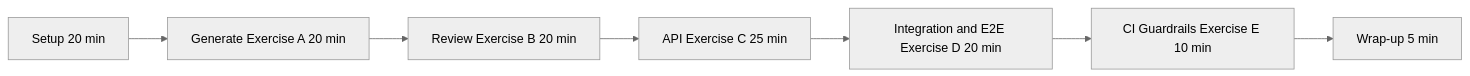
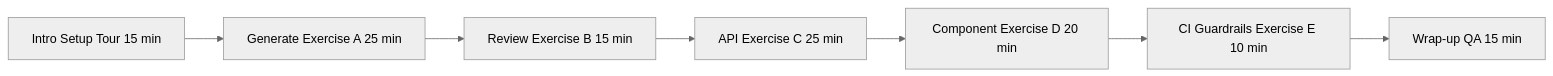
Before and after one commit to moatazeldebsy/copilot-testing-workshop: diagram 12 of 13 in docs/tutorials/workshop-flows.md, drawn with Mermaid (neutral theme). The commit also changed other lines of this file and 2 other files, not shown here.

Commit message:
Rebalance 120-min schedule: merge setup blocks, extend Q&A, drop E2E from Exercise D
- Merge Intro + Setup Tour into one 15 min block (was 10+10, awkward split)
- Exercise A: 20 → 25 min (weak vs strong prompt demo takes time live)
- Exercise B: 20 → 15 min (focused reading exercise, goes faster)
- Exercise D: Component tests only (hands-on); Playwright moved to live demo/optional
- Wrap-up & Q&A: 5 → 15 min (30-seat conference workshop needs real Q&A time)
- Updated facilitator cheat sheet, workshop-flows Mermaid diagrams

````diff
--- a/docs/tutorials/workshop-flows.md
+++ b/docs/tutorials/workshop-flows.md
@@ -159,9 +159,9 @@
 ```mermaid
 flowchart LR
-  A[Setup 20 min] --> B[Generate Exercise A 20 min]
-  B --> C[Review Exercise B 20 min]
+  A[Intro Setup Tour 15 min] --> B[Generate Exercise A 25 min]
+  B --> C[Review Exercise B 15 min]
   C --> D[API Exercise C 25 min]
-  D --> E[Integration and E2E Exercise D 20 min]
+  D --> E[Component Exercise D 20 min]
   E --> F[CI Guardrails Exercise E 10 min]
-  F --> G[Wrap-up 5 min]
+  F --> G[Wrap-up QA 15 min]
 ```
````
